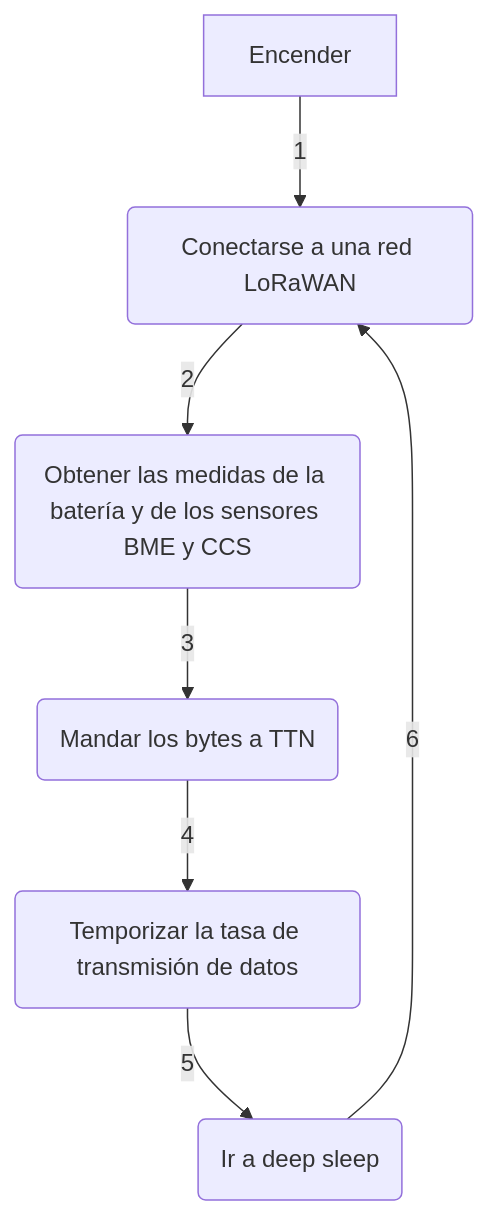
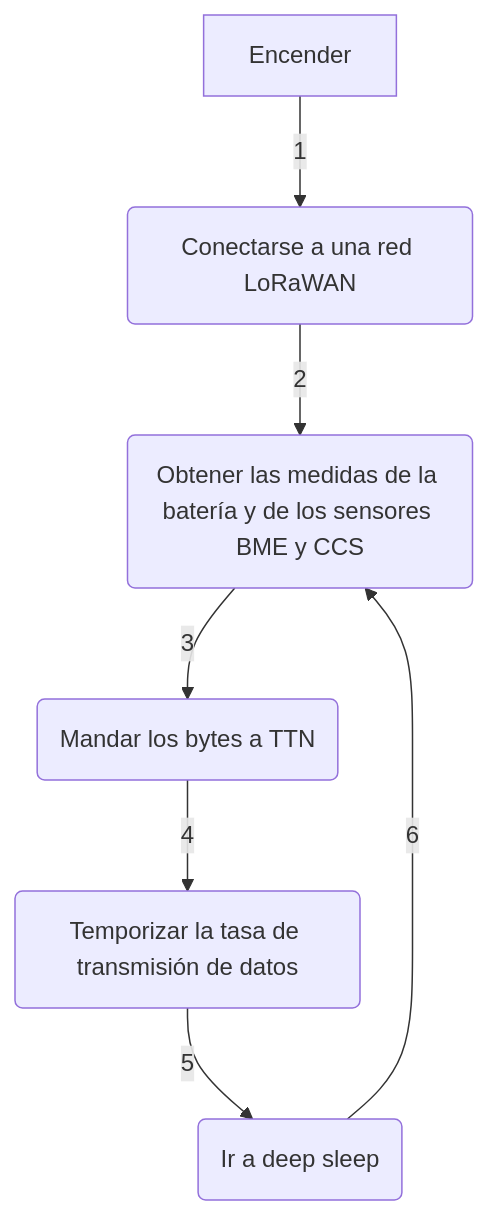
The diagram in README.md (MediaLabUniovi/Lora-Mini-Air-Quality-Drone-Onboard-Station), drawn with Mermaid before and after one commit.

````diff
--- a/README.md
+++ b/README.md
@@ -133,9 +133,9 @@
 ```mermaid
 graph TD;
   A[Encender] -->|1| B(Conectarse a una red LoRaWAN)
   B -->|2| C(Obtener las medidas de la batería y de los sensores BME y CCS)
   C -->|3| D(Mandar los bytes a TTN)
   D -->|4| E(Temporizar la tasa de transmisión de datos)
   E -->|5| F(Ir a deep sleep)
-  F -->|6| B
+  F -->|6| C
 ```
````
